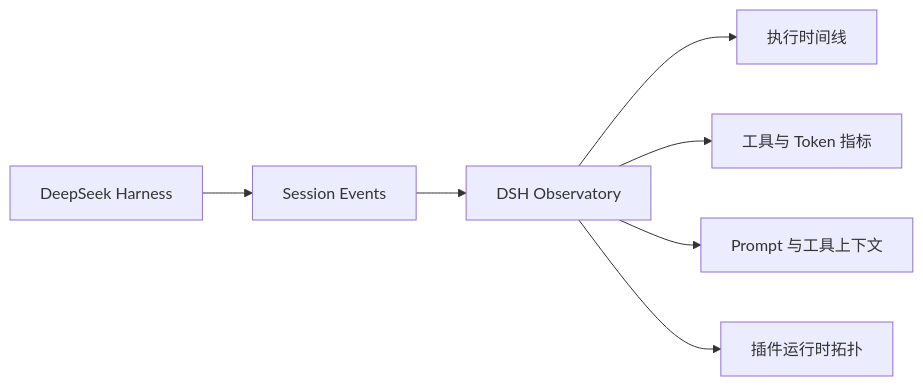
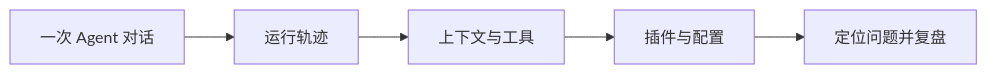
Before and after one commit to 3336-zheng/dsh-observatory: the diagram in README.md, drawn with Mermaid. The commit also changed other lines of this file and 10 other files, not shown here.

````diff
--- a/README.md
+++ b/README.md
@@ -35,9 +39,7 @@
 ```mermaid
 flowchart LR
-    A[DeepSeek Harness] --> B[Session Events]
-    B --> C[DSH Observatory]
-    C --> D[执行时间线]
-    C --> E[工具与 Token 指标]
-    C --> F[Prompt 与工具上下文]
-    C --> G[插件运行时拓扑]
+    A[一次 Agent 对话] --> B[运行轨迹]
+    B --> C[上下文与工具]
+    C --> D[插件与配置]
+    D --> E[定位问题并复盘]
 ```
````
